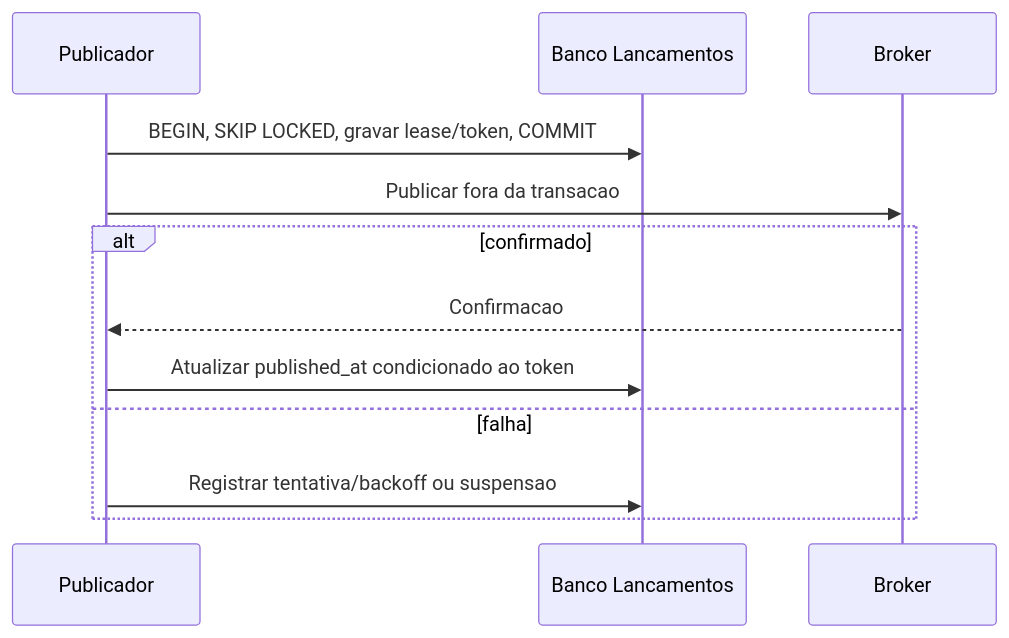
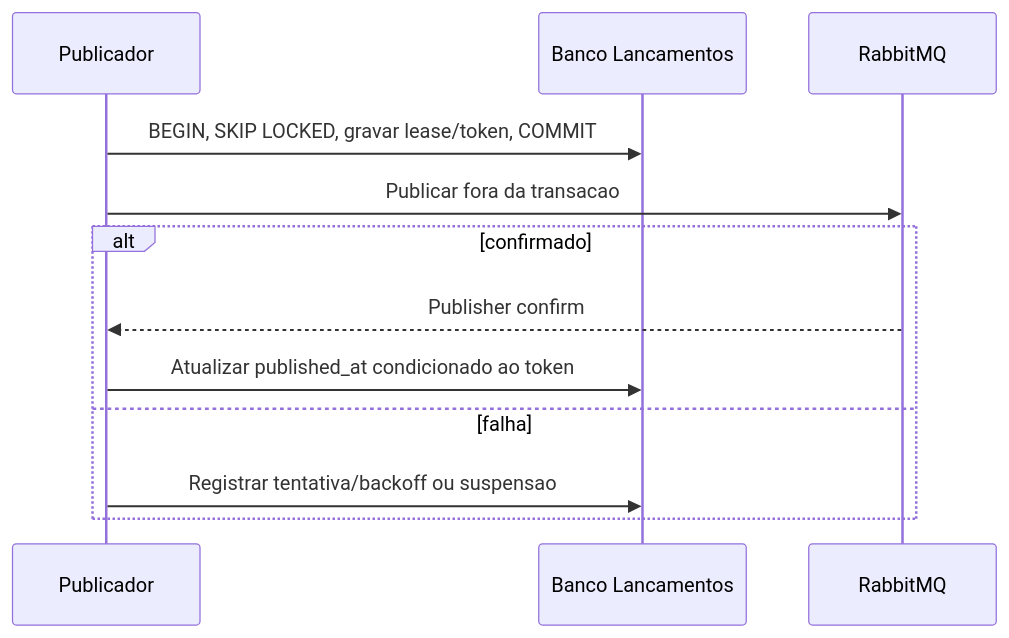
One commit to ThiagoFerraciolli/cash-flow-architecture changed the second of 4 diagrams in docs/04-visoes/visoes-dinamicas.md. Above: the diagram before and after it, drawn with Mermaid. The commit also changed other lines of this file, not shown here.

````diff
--- a/docs/04-visoes/visoes-dinamicas.md
+++ b/docs/04-visoes/visoes-dinamicas.md
@@ -28,14 +28,14 @@
 ```mermaid
 sequenceDiagram
     participant P as Publicador
     participant D as Banco Lancamentos
-    participant Q as Broker
+    participant Q as RabbitMQ
     P->>D: BEGIN, SKIP LOCKED, gravar lease/token, COMMIT
     P->>Q: Publicar fora da transacao
     alt confirmado
-        Q-->>P: Confirmacao
+        Q-->>P: Publisher confirm
         P->>D: Atualizar published_at condicionado ao token
     else falha
         P->>D: Registrar tentativa/backoff ou suspensao
     end
 ```
````
